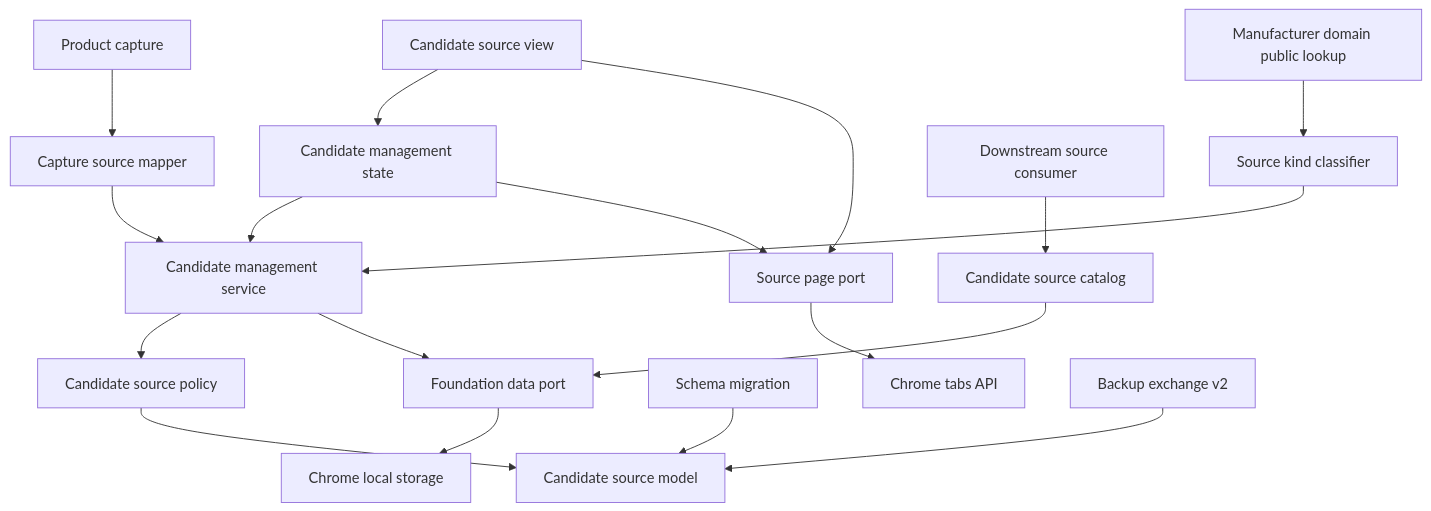
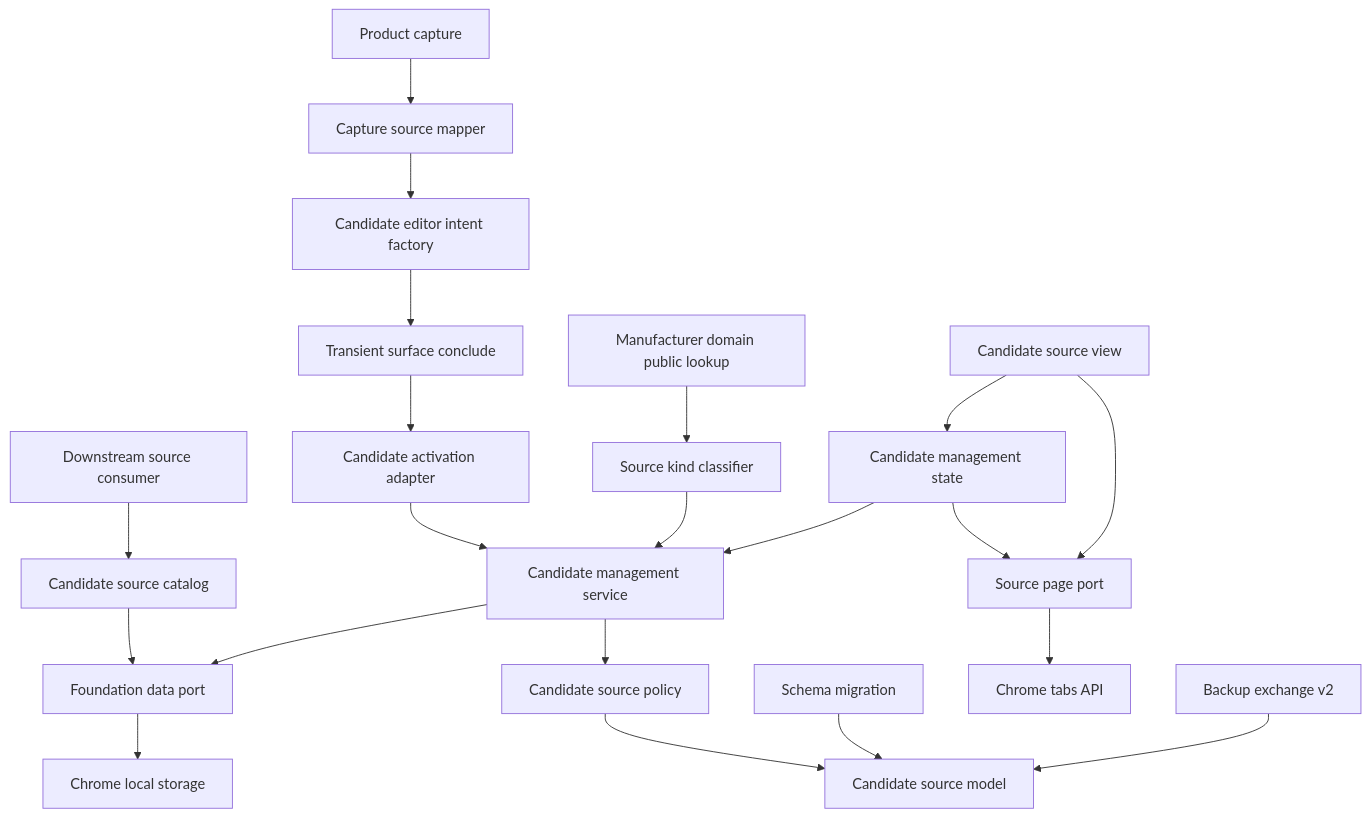
One commit to Huruikagi/pc-build-planner changed the first of 5 diagrams in .kiro/specs/candidate-source-bookmarks/design.md. Above: the diagram before and after it, drawn with Mermaid. The commit also changed other lines of this file and 58 other files, not shown here.

````diff
--- a/.kiro/specs/candidate-source-bookmarks/design.md
+++ b/.kiro/specs/candidate-source-bookmarks/design.md
@@ -78,20 +80,23 @@
 ```mermaid
 graph TB
     Capture[Product capture] --> CaptureMapper[Capture source mapper]
+    CaptureMapper --> IntentFactory[Candidate editor intent factory]
+    IntentFactory --> TransientLifecycle[Transient surface conclude]
+    TransientLifecycle --> CandidateActivation[Candidate activation adapter]
     ManufacturerMap[Manufacturer domain public lookup] --> KindAdapter[Source kind classifier]
-    CaptureMapper --> CandidateService[Candidate management service]
+    CandidateActivation --> CandidateService[Candidate management service]
     KindAdapter --> CandidateService
     CandidateView[Candidate source view] --> CandidateState[Candidate management state]
     CandidateState --> CandidateService
     Downstream[Downstream source consumer] --> SourceCatalog[Candidate source catalog]
     SourceCatalog --> DataPort
     CandidateState --> PagePort[Source page port]
     CandidateService --> SourcePolicy[Candidate source policy]
     SourcePolicy --> SourceModel[Candidate source model]
     CandidateService --> DataPort[Foundation data port]
     Migration[Schema migration] --> SourceModel
     DataPort --> Storage[Chrome local storage]
     CandidateView --> PagePort
     PagePort --> ChromeTabs[Chrome tabs API]
     Backup[Backup exchange v2] --> SourceModel
 ```
````
